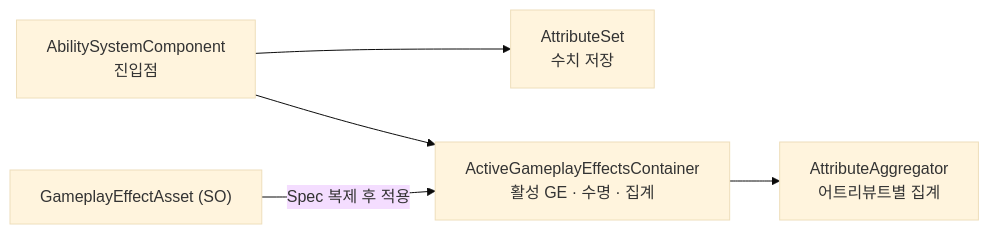
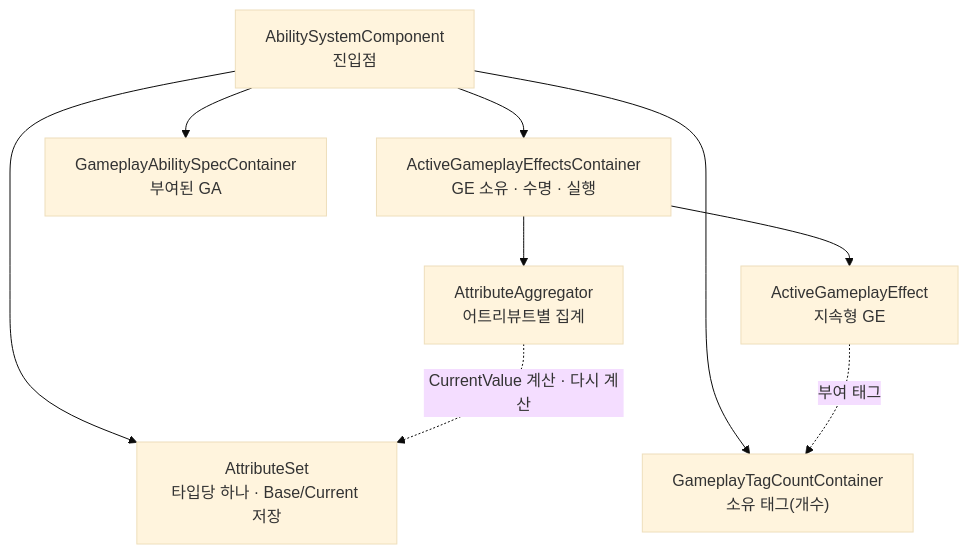
The first of 4 diagrams in Readme.md (hanaaple/AbilitySystem-For-Unity), drawn with Mermaid (base theme) before and after one commit. The commit also changed other lines of this file and 862 other files, not shown here.

````diff
--- a/Readme.md
+++ b/Readme.md
@@ -12,7 +104,19 @@
 ```mermaid
-flowchart LR
-    ASC["AbilitySystemComponent<br/>진입점"] --> SET["AttributeSet<br/>수치 저장"]
-    ASC --> CONT["ActiveGameplayEffectsContainer<br/>활성 GE · 수명 · 집계"]
-    CONT --> AGG["AttributeAggregator<br/>어트리뷰트별 집계"]
-    ASSET["GameplayEffectAsset (SO)"] -->|Spec 복제 후 적용| CONT
+flowchart TD
+    ASC["AbilitySystemComponent<br/>진입점"]
+    ASET["AttributeSet<br/>타입당 하나 · Base/Current 저장"]
+    CONT["ActiveGameplayEffectsContainer<br/>GE 소유 · 수명 · 실행"]
+    AGE["ActiveGameplayEffect<br/>지속형 GE"]
+    AGG["AttributeAggregator<br/>어트리뷰트별 집계"]
+    TAGS["GameplayTagCountContainer<br/>소유 태그(개수)"]
+    SPECS["GameplayAbilitySpecContainer<br/>부여된 GA"]
+
+    ASC --> ASET
+    ASC --> CONT
+    ASC --> TAGS
+    ASC --> SPECS
+    CONT --> AGE
+    CONT --> AGG
+    AGG -. CurrentValue 계산 · 다시 계산 .-> ASET
+    AGE -. 부여 태그 .-> TAGS
 ```
````
